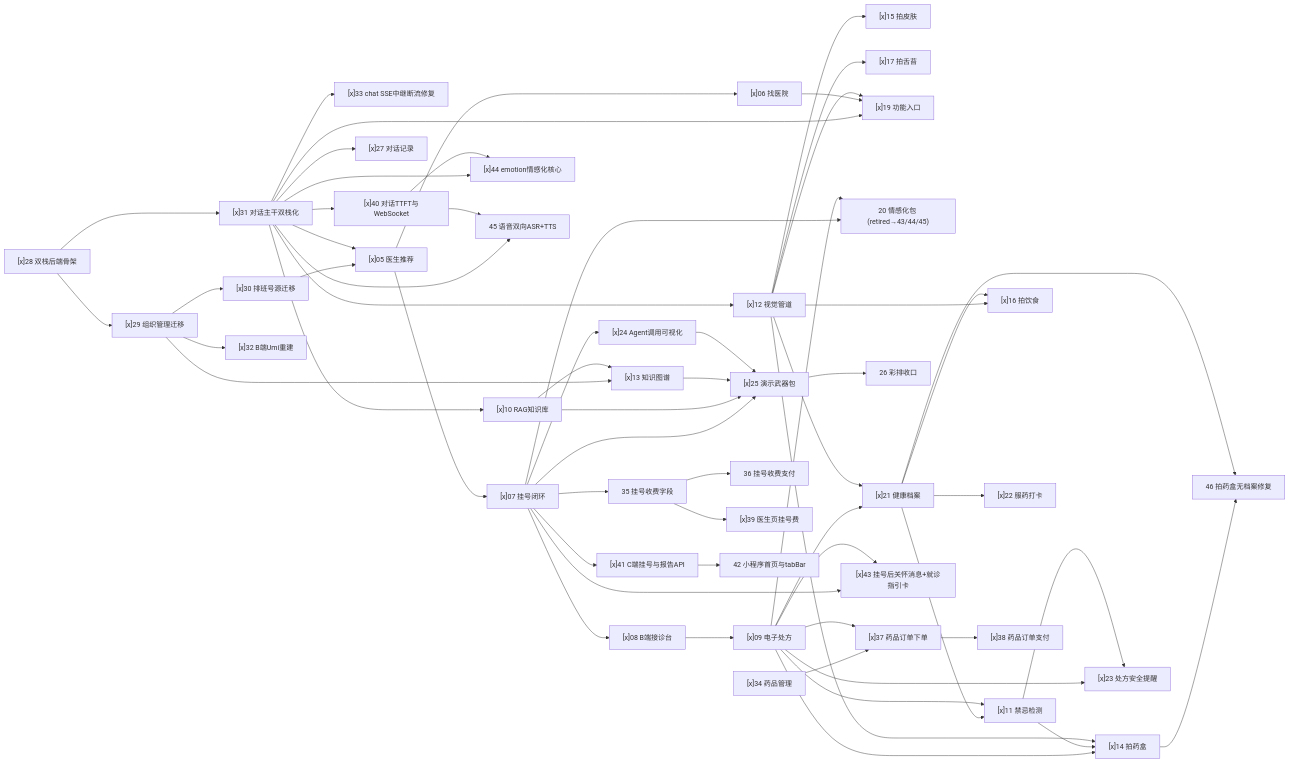
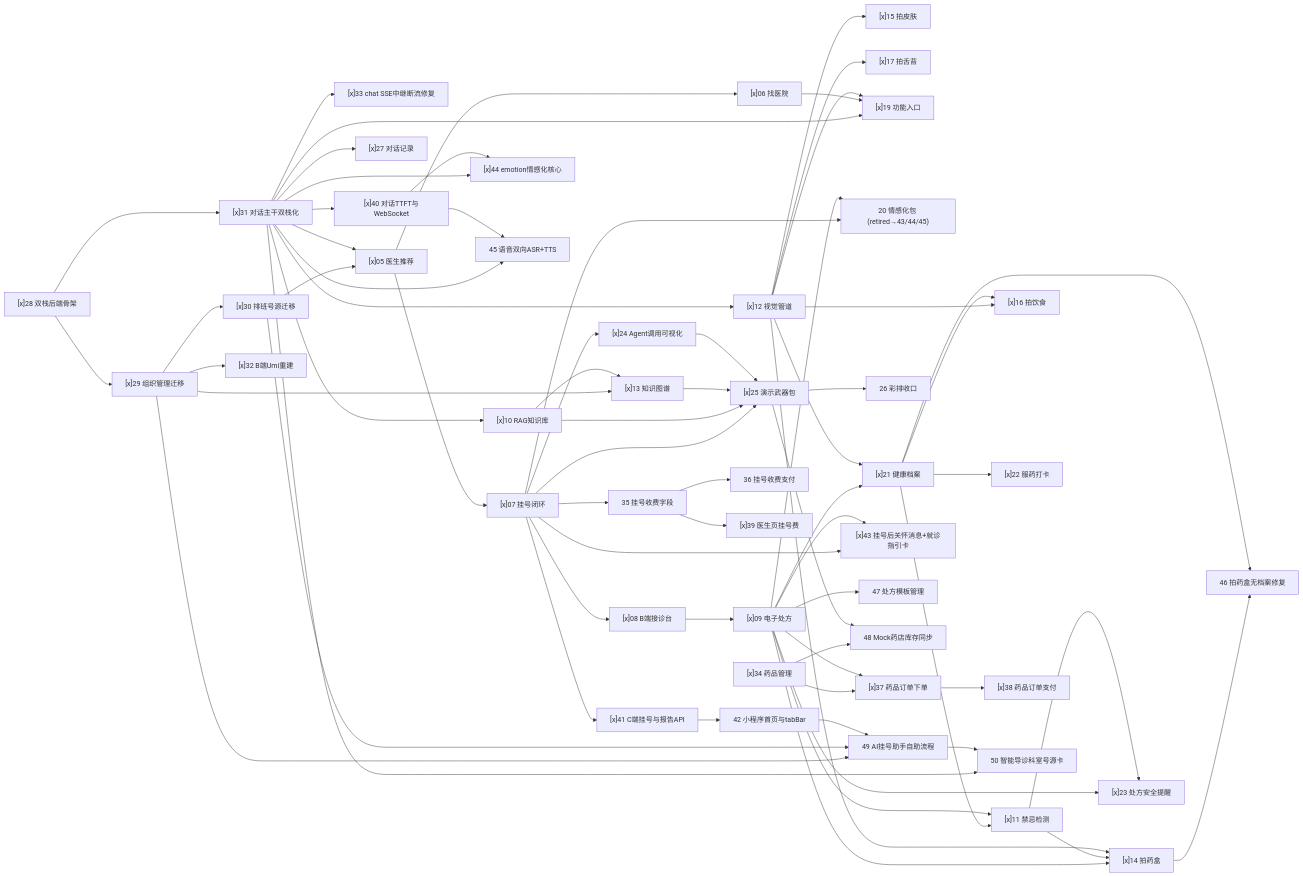
Before and after one commit to ILoveFurina/zhiyu-health: the diagram in README.md, drawn with Mermaid. The commit also changed 8 other files, not shown here.

````diff
--- a/README.md
+++ b/README.md
@@ -65,6 +65,10 @@
     T44["[x]44 emotion情感化核心"]
     T45["45 语音双向ASR+TTS"]
     T46["46 拍药盒无档案修复"]
+    T47["47 处方模板管理"]
+    T48["48 Mock药店库存同步"]
+    T49["49 AI挂号助手自助流程"]
+    T50["50 智能导诊科室号源卡"]
 
     T28 --> T29
     T28 --> T31
@@ -145,4 +149,15 @@
 
     T07 --> T41
     T41 --> T42
+
+    T09 --> T47
+
+    T34 --> T48
+    T25 --> T48
+
+    T29 --> T49
+    T30 --> T49
+    T42 --> T49
+    T31 --> T50
+    T49 --> T50
 ```
````
